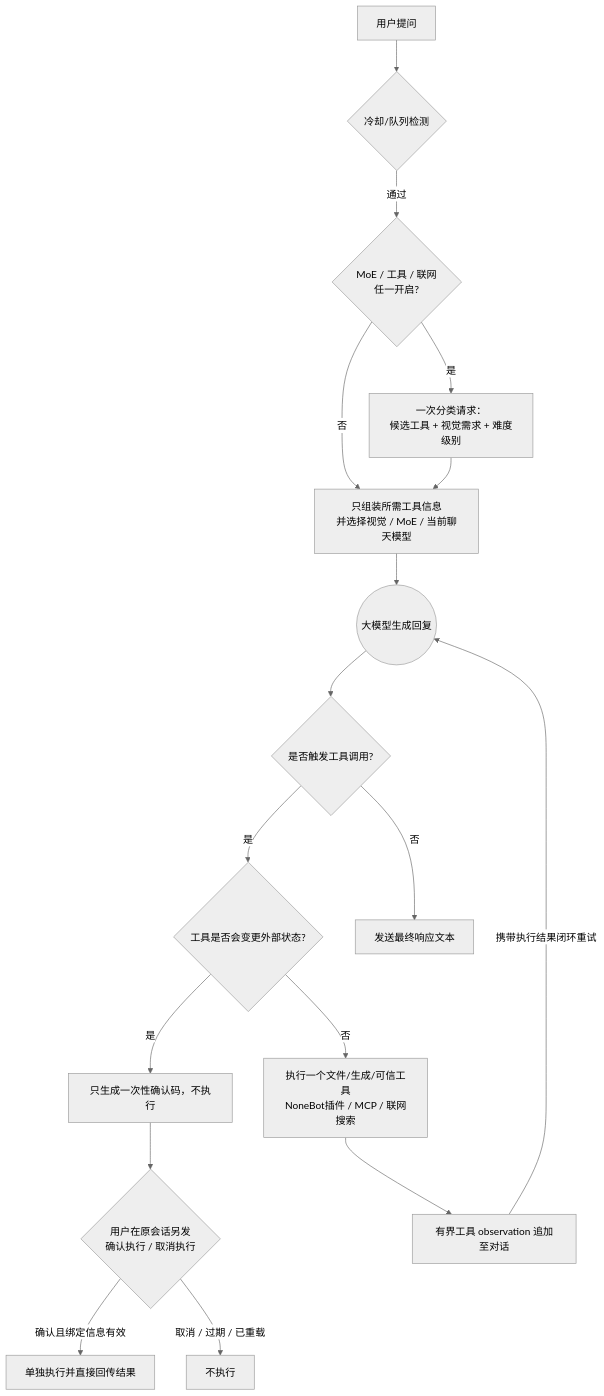
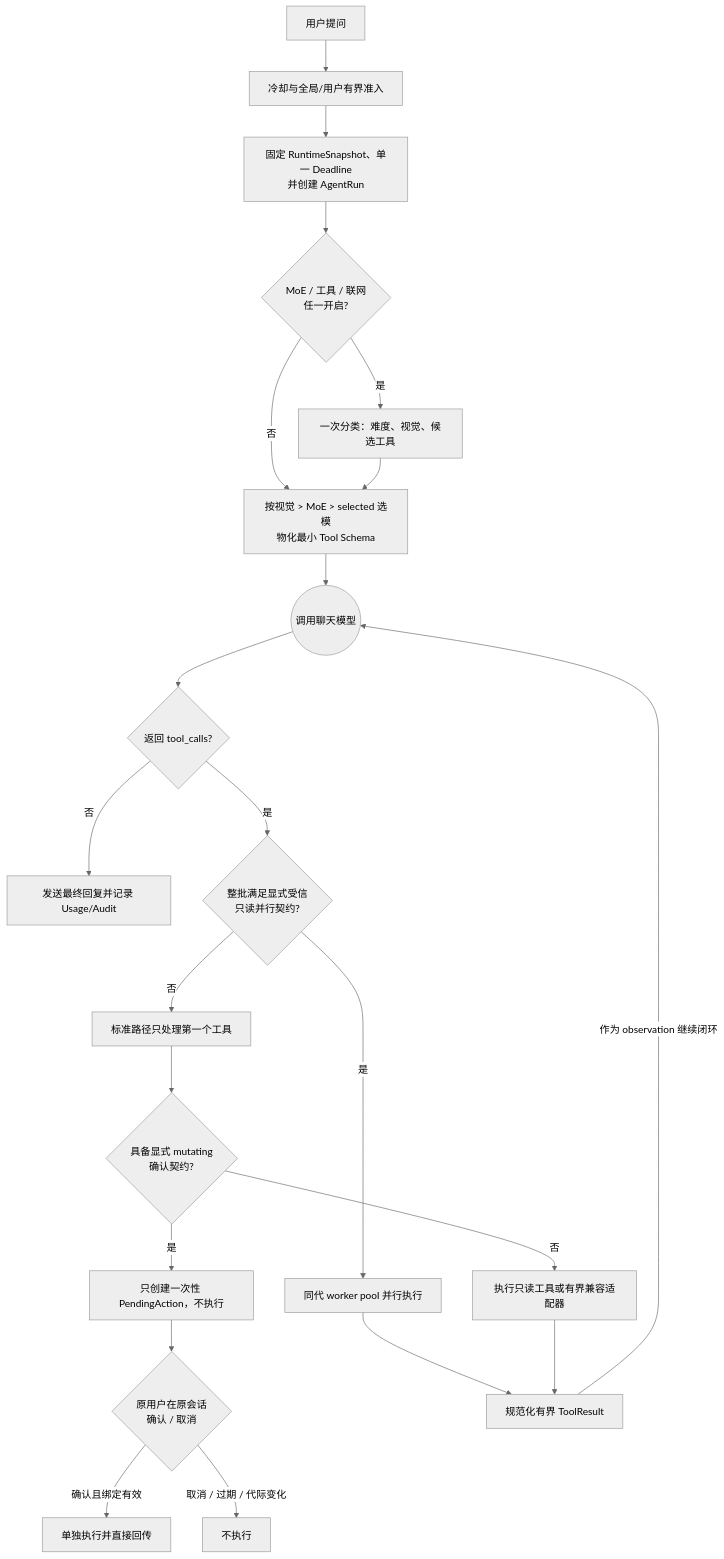
The diagram in README.md (LoCCai/nonebot-plugin-moellmchats), drawn with Mermaid (neutral theme) before and after one commit. The commit also changed other lines of this file and 21 other files, not shown here.

````diff
--- a/README.md
+++ b/README.md
@@ -197,24 +198,24 @@
 ```mermaid
 flowchart TD
-    A[用户提问] --> B{冷却/队列检测}
-    B -->|通过| C{MoE / 工具 / 联网<br>任一开启?}
-
-    C -->|是| C_Cond[一次分类请求：<br>候选工具 + 视觉需求 + 难度级别]
-    C -->|否| D
-    C_Cond --> D
-
-    D[只组装所需工具信息<br>并选择视觉 / MoE / 当前聊天模型] --> E((大模型生成回复))
-
-    E --> F{是否触发工具调用?}
-
-    F -->|是| G{工具是否会变更外部状态?}
-    G -->|否| H[执行一个文件/生成/可信工具<br>NoneBot插件 / MCP / 联网搜索]
-    G -->|是| J[只生成一次性确认码，不执行]
-    J --> K{用户在原会话另发<br>确认执行 / 取消执行}
-    K -->|确认且绑定信息有效| N[单独执行并直接回传结果]
-    K -->|取消 / 过期 / 已重载| L[不执行]
-    H --> M[有界工具 observation 追加至对话]
-    M -->|携带执行结果闭环重试| E
-
-    F -->|否| I[发送最终响应文本]
+    A[用户提问] --> B[冷却与全局/用户有界准入]
+    B --> C[固定 RuntimeSnapshot、单一 Deadline<br>并创建 AgentRun]
+    C --> D{MoE / 工具 / 联网<br>任一开启?}
+    D -->|是| E[一次分类：难度、视觉、候选工具]
+    D -->|否| F
+    E --> F[按视觉 > MoE > selected 选模<br>物化最小 Tool Schema]
+    F --> G((调用聊天模型))
+    G --> H{返回 tool_calls?}
+    H -->|否| I[发送最终回复并记录 Usage/Audit]
+    H -->|是| J{整批满足显式受信<br>只读并行契约?}
+    J -->|是| K[同代 worker pool 并行执行]
+    J -->|否| L[标准路径只处理第一个工具]
+    L --> M{具备显式 mutating<br>确认契约?}
+    M -->|否| N[执行只读工具或有界兼容适配器]
+    M -->|是| O[只创建一次性 PendingAction，不执行]
+    O --> P{原用户在原会话<br>确认 / 取消}
+    P -->|确认且绑定有效| Q[单独执行并直接回传]
+    P -->|取消 / 过期 / 代际变化| R[不执行]
+    K --> S[规范化有界 ToolResult]
+    N --> S
+    S -->|作为 observation 继续闭环| G
 ```
````
